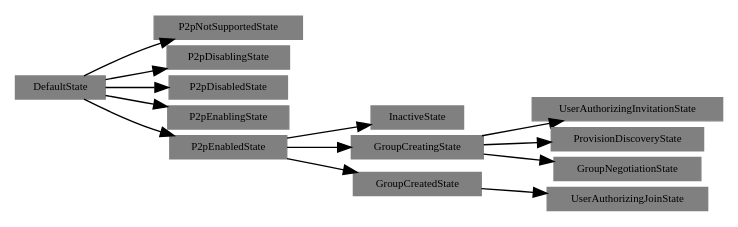
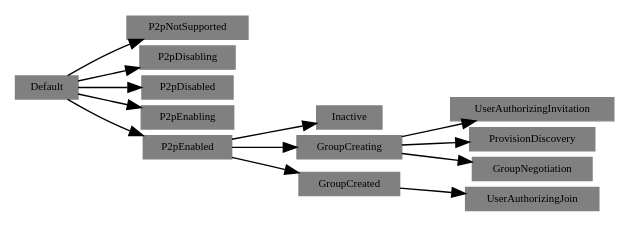
The diagram in P2pHSM_tree.dot (greatgauss/graphviz_script), drawn with Graphviz before and after one commit.

```diff
--- a/P2pHSM_tree.dot
+++ b/P2pHSM_tree.dot
@@ -1,24 +1,24 @@
 digraph P2pSM 
 {
   size="16,6";
   fontname = "Microsoft YaHei";
   nodesep=0.05;
   rankdir = LR;
   rotate = 270;
   edge[len=2];
   node[style=filled, shape=record, fontsize=8];
   node[height=0.20, width=0.20, color=gray];
 
-"DefaultState" -> "P2pNotSupportedState";
-"DefaultState" -> "P2pDisablingState";
-"DefaultState" -> "P2pDisabledState";
-"DefaultState" -> "P2pEnablingState";
-"DefaultState" -> "P2pEnabledState";
-"P2pEnabledState" -> "InactiveState";
-"P2pEnabledState" -> "GroupCreatingState";
-"GroupCreatingState" -> "UserAuthorizingInvitationState";
-"GroupCreatingState" -> "ProvisionDiscoveryState";
-"GroupCreatingState" -> "GroupNegotiationState";
-"P2pEnabledState" -> "GroupCreatedState";
-"GroupCreatedState" -> "UserAuthorizingJoinState";
+"Default" -> "P2pNotSupported";
+"Default" -> "P2pDisabling";
+"Default" -> "P2pDisabled";
+"Default" -> "P2pEnabling";
+"Default" -> "P2pEnabled";
+"P2pEnabled" -> "Inactive";
+"P2pEnabled" -> "GroupCreating";
+"GroupCreating" -> "UserAuthorizingInvitation";
+"GroupCreating" -> "ProvisionDiscovery";
+"GroupCreating" -> "GroupNegotiation";
+"P2pEnabled" -> "GroupCreated";
+"GroupCreated" -> "UserAuthorizingJoin";
 }
```
